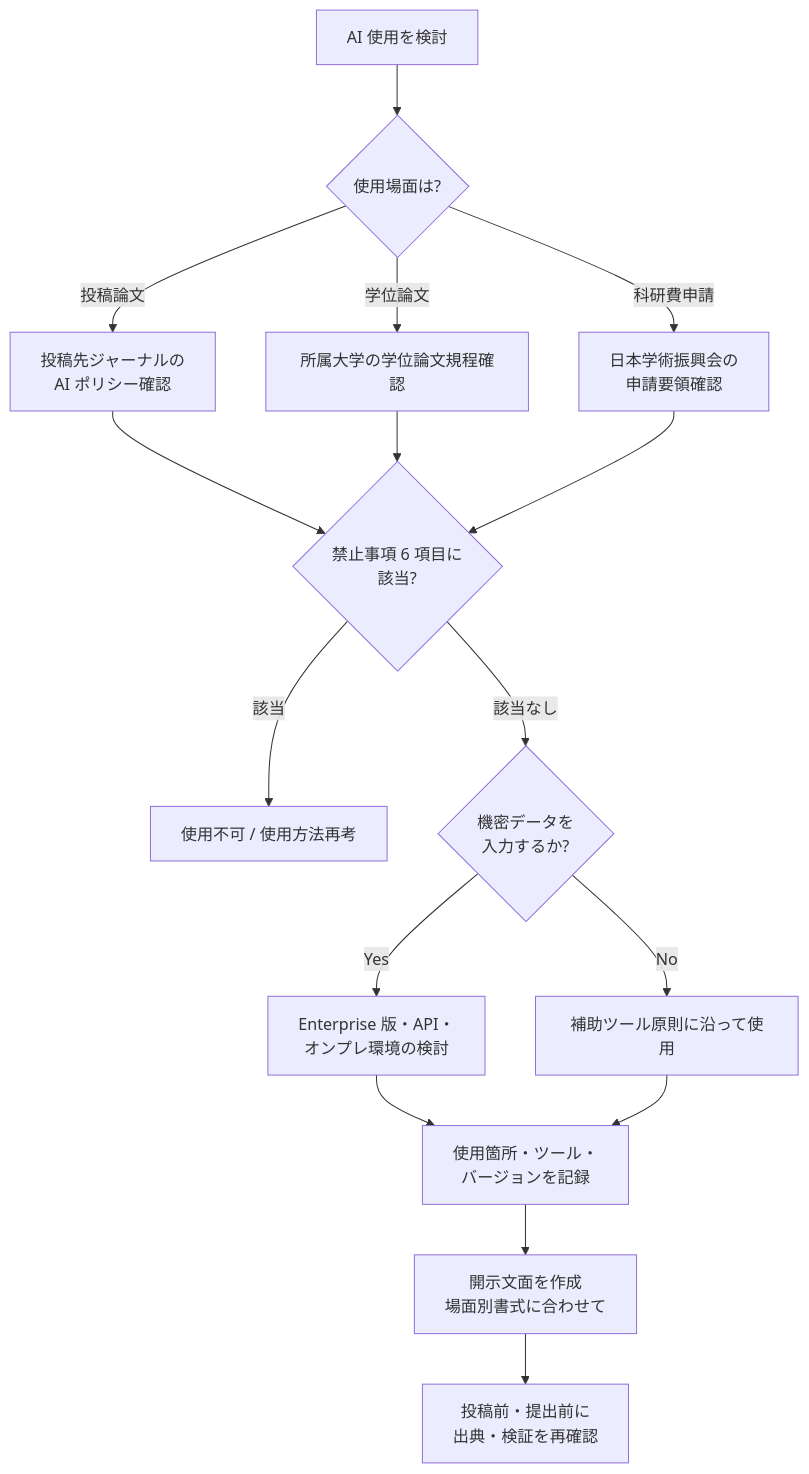
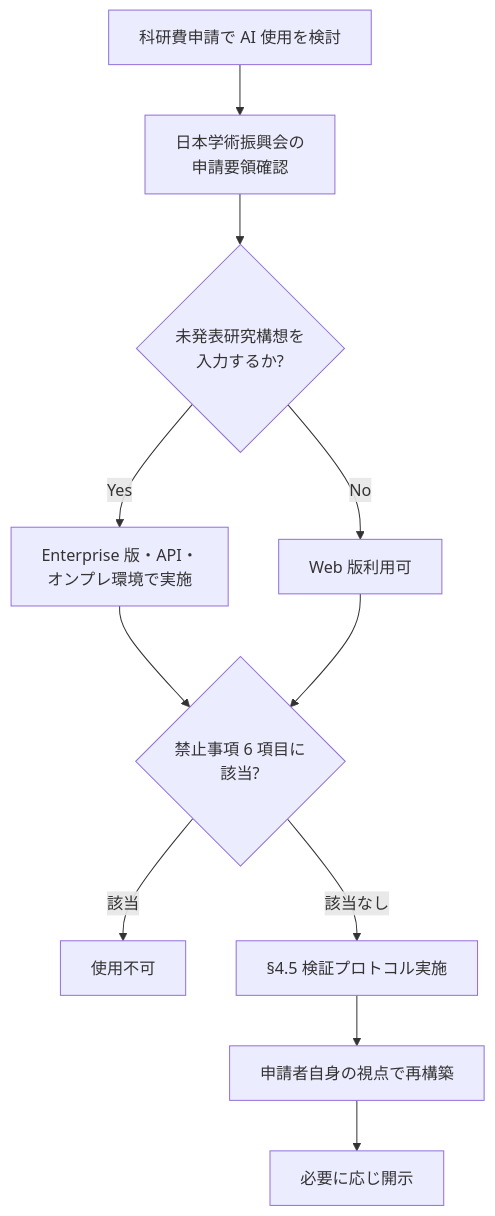
Before and after one commit to gmoriki/higher-ed-ai-skills: the third of 3 diagrams in domain-skills/research-support/research-integrity-ai-disclosure/SKILL.md, drawn with Mermaid. The commit also changed other lines of this file and 7 other files, not shown here.

````diff
--- a/domain-skills/research-support/research-integrity-ai-disclosure/SKILL.md
+++ b/domain-skills/research-support/research-integrity-ai-disclosure/SKILL.md
@@ -91,18 +144,13 @@
 ```mermaid
 flowchart TD
-    A[AI 使用を検討] --> B{使用場面は?}
-    B -->|投稿論文| C[投稿先ジャーナルの<br>AI ポリシー確認]
-    B -->|学位論文| D[所属大学の学位論文規程確認]
-    B -->|科研費申請| E[日本学術振興会の<br>申請要領確認]
-    C --> F{禁止事項 6 項目に<br>該当?}
-    D --> F
+    A[科研費申請で AI 使用を検討] --> B[日本学術振興会の<br>申請要領確認]
+    B --> C{未発表研究構想を<br>入力するか?}
+    C -->|Yes| D[Enterprise 版・API・<br>オンプレ環境で実施]
+    C -->|No| E[Web 版利用可]
+    D --> F{禁止事項 6 項目に<br>該当?}
     E --> F
-    F -->|該当| G[使用不可 / 使用方法再考]
-    F -->|該当なし| H{機密データを<br>入力するか?}
-    H -->|Yes| I[Enterprise 版・API・<br>オンプレ環境の検討]
-    H -->|No| J[補助ツール原則に沿って使用]
-    I --> K[使用箇所・ツール・<br>バージョンを記録]
-    J --> K
-    K --> L[開示文面を作成<br>場面別書式に合わせて]
-    L --> M[投稿前・提出前に<br>出典・検証を再確認]
+    F -->|該当| G[使用不可]
+    F -->|該当なし| H[§4.5 検証プロトコル実施]
+    H --> I[申請者自身の視点で再構築]
+    I --> J[必要に応じ開示]
 ```
````
